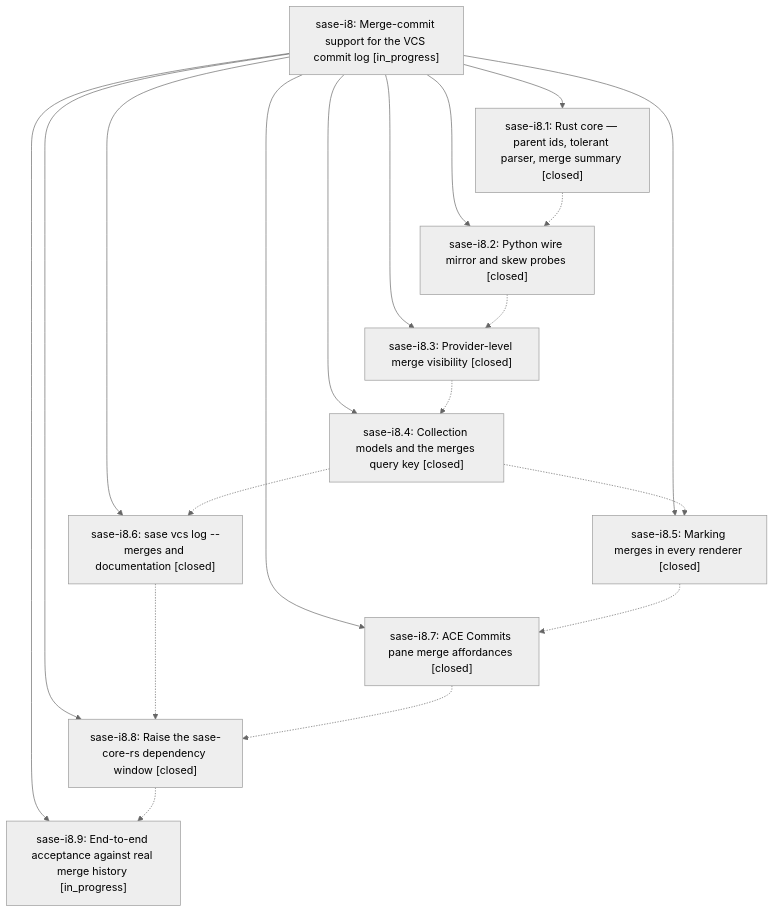
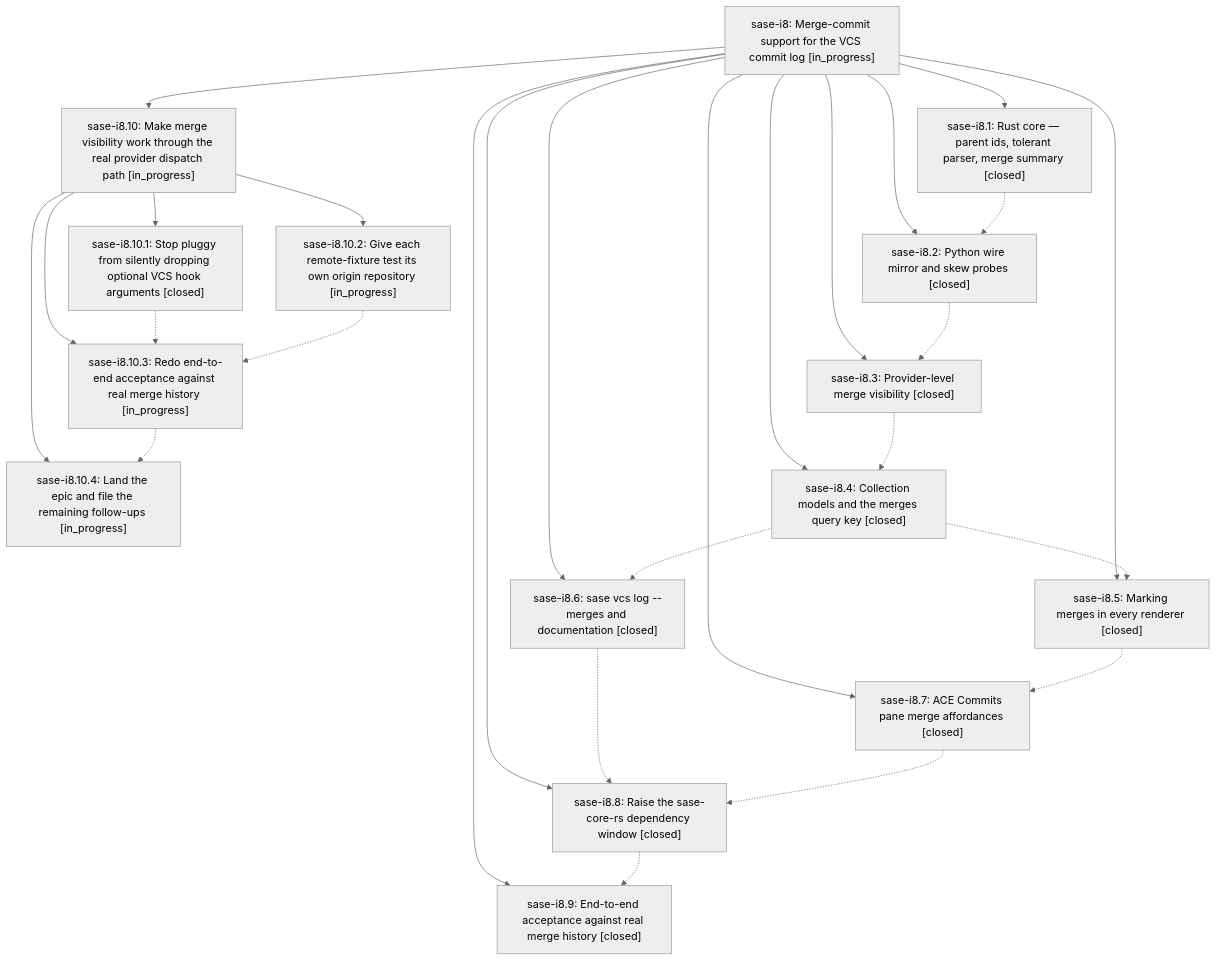
Before and after one commit to sase-org/sase--beads: the diagram in pages/sase-i8/README.md, drawn with Mermaid (neutral theme). The commit also changed other lines of this file and 7 other files, not shown here.

````diff
--- a/pages/sase-i8/README.md
+++ b/pages/sase-i8/README.md
@@ -38,31 +40,44 @@
 ```mermaid
 flowchart TD
     n0["sase-i8: Merge-commit support for the VCS commit log [in_progress]"]
     n1["sase-i8.1: Rust core — parent ids, tolerant parser, merge summary [closed]"]
-    n2["sase-i8.2: Python wire mirror and skew probes [closed]"]
-    n3["sase-i8.3: Provider-level merge visibility [closed]"]
-    n4["sase-i8.4: Collection models and the merges query key [closed]"]
-    n5["sase-i8.5: Marking merges in every renderer [closed]"]
-    n6["sase-i8.6: sase vcs log --merges and documentation [closed]"]
-    n7["sase-i8.7: ACE Commits pane merge affordances [closed]"]
-    n8["sase-i8.8: Raise the sase-core-rs dependency window [closed]"]
-    n9["sase-i8.9: End-to-end acceptance against real merge history [in_progress]"]
+    n2["sase-i8.10: Make merge visibility work through the real provider dispatch path [in_progress]"]
+    n3["sase-i8.10.1: Stop pluggy from silently dropping optional VCS hook arguments [closed]"]
+    n4["sase-i8.10.2: Give each remote-fixture test its own origin repository [in_progress]"]
+    n5["sase-i8.10.3: Redo end-to-end acceptance against real merge history [in_progress]"]
+    n6["sase-i8.10.4: Land the epic and file the remaining follow-ups [in_progress]"]
+    n7["sase-i8.2: Python wire mirror and skew probes [closed]"]
+    n8["sase-i8.3: Provider-level merge visibility [closed]"]
+    n9["sase-i8.4: Collection models and the merges query key [closed]"]
+    n10["sase-i8.5: Marking merges in every renderer [closed]"]
+    n11["sase-i8.6: sase vcs log --merges and documentation [closed]"]
+    n12["sase-i8.7: ACE Commits pane merge affordances [closed]"]
+    n13["sase-i8.8: Raise the sase-core-rs dependency window [closed]"]
+    n14["sase-i8.9: End-to-end acceptance against real merge history [closed]"]
     n0 --> n1
     n0 --> n2
-    n0 --> n3
-    n0 --> n4
-    n0 --> n5
-    n0 --> n6
+    n2 --> n3
+    n2 --> n4
+    n2 --> n5
+    n2 --> n6
     n0 --> n7
     n0 --> n8
     n0 --> n9
-    n1 -.-> n2
-    n2 -.-> n3
-    n3 -.-> n4
+    n0 --> n10
+    n0 --> n11
+    n0 --> n12
+    n0 --> n13
+    n0 --> n14
+    n1 -.-> n7
+    n3 -.-> n5
     n4 -.-> n5
-    n4 -.-> n6
-    n5 -.-> n7
-    n6 -.-> n8
+    n5 -.-> n6
     n7 -.-> n8
     n8 -.-> n9
+    n9 -.-> n10
+    n9 -.-> n11
+    n10 -.-> n12
+    n11 -.-> n13
+    n12 -.-> n13
+    n13 -.-> n14
 ```
````
